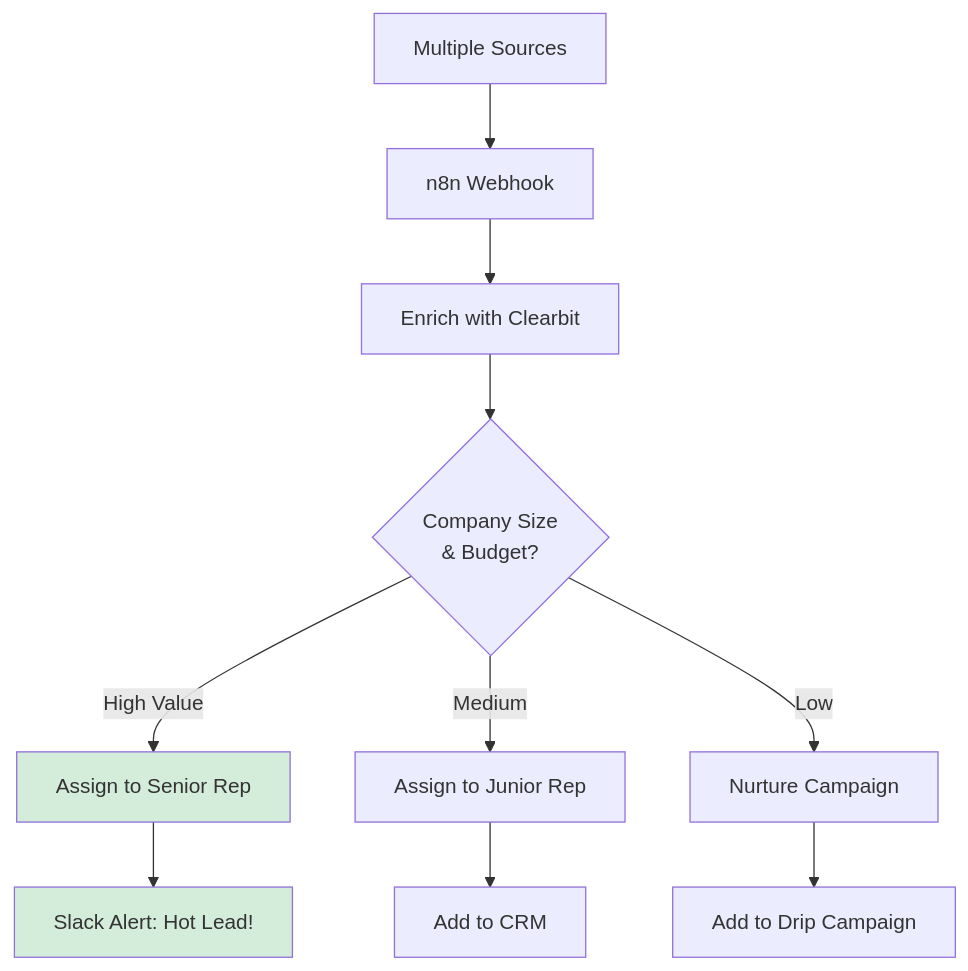
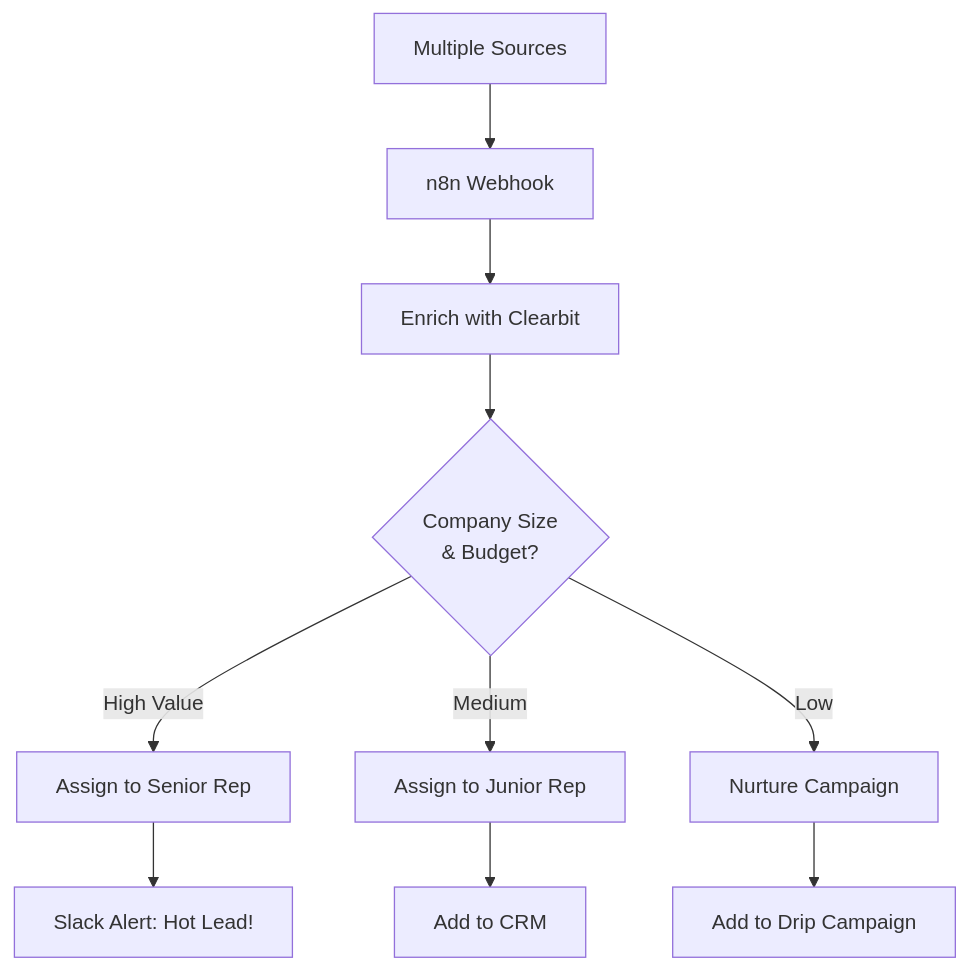
Before and after one commit to wtoloza-dev/ZTH-n8n-Engineer: the sixth of 8 diagrams in lessons/01-foundations/theory/02-use-cases.md, drawn with Mermaid. The commit also changed other lines of this file and 31 other files, not shown here.

````diff
--- a/lessons/01-foundations/theory/02-use-cases.md
+++ b/lessons/01-foundations/theory/02-use-cases.md
@@ -167,15 +164,13 @@
 ```mermaid
 graph TD
     A[Multiple Sources] --> B[n8n Webhook]
     B --> C[Enrich with Clearbit]
     C --> D{Company Size<br/>& Budget?}
     D -->|High Value| E[Assign to Senior Rep]
     D -->|Medium| F[Assign to Junior Rep]
     D -->|Low| G[Nurture Campaign]
     E --> H[Slack Alert: Hot Lead!]
     F --> I[Add to CRM]
     G --> J[Add to Drip Campaign]
     
-    style E fill:#d4edda
-    style H fill:#d4edda
 ```
````
